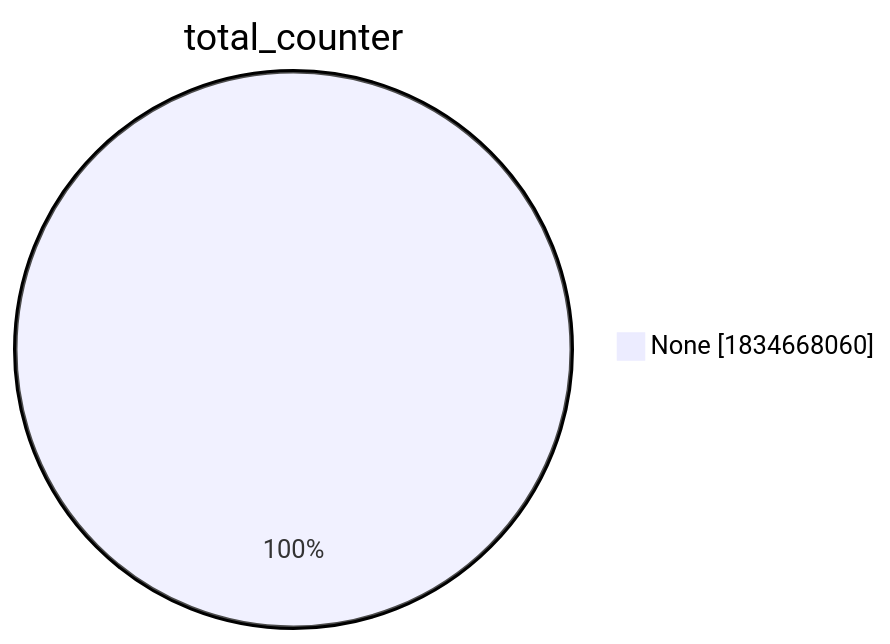
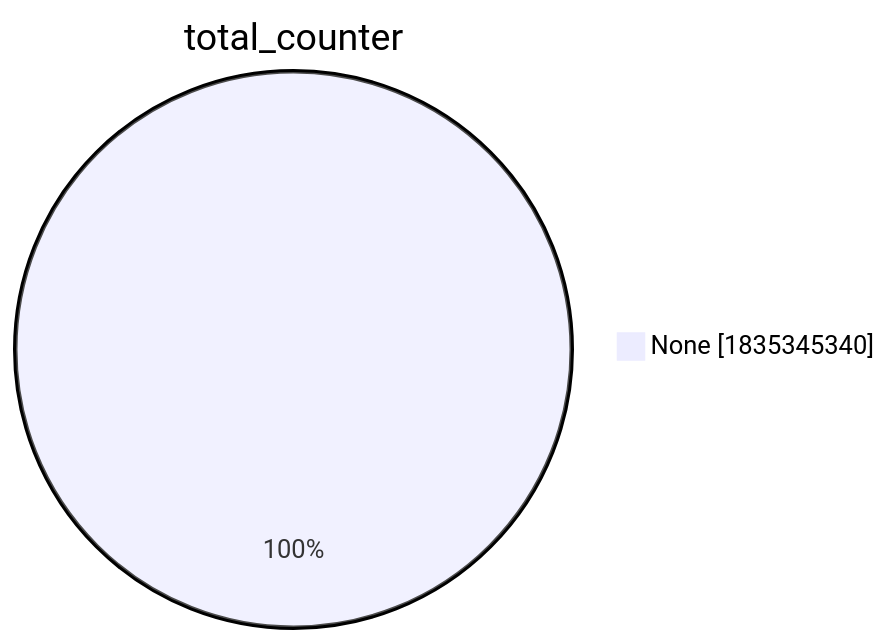
Before and after one commit to christiankrug/ctmonitor_visualization: the second of 15 diagrams in xenon2022/README.md, drawn with Mermaid. The commit also changed other lines of this file, not shown here.

````diff
--- a/xenon2022/README.md
+++ b/xenon2022/README.md
@@ -9,5 +9,5 @@
 ```mermaid
 pie showData
 title total_counter
-"None" :1834668060
+"None" :1835345340
 ```
````
